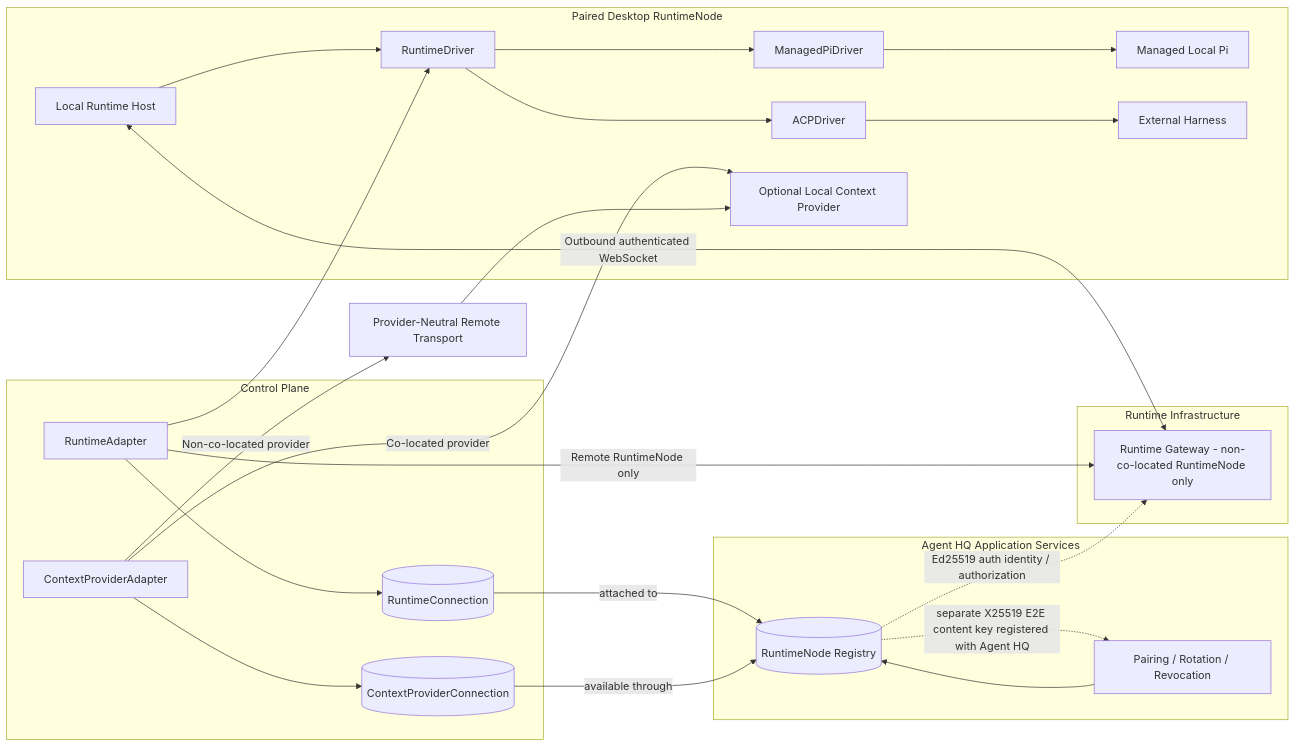
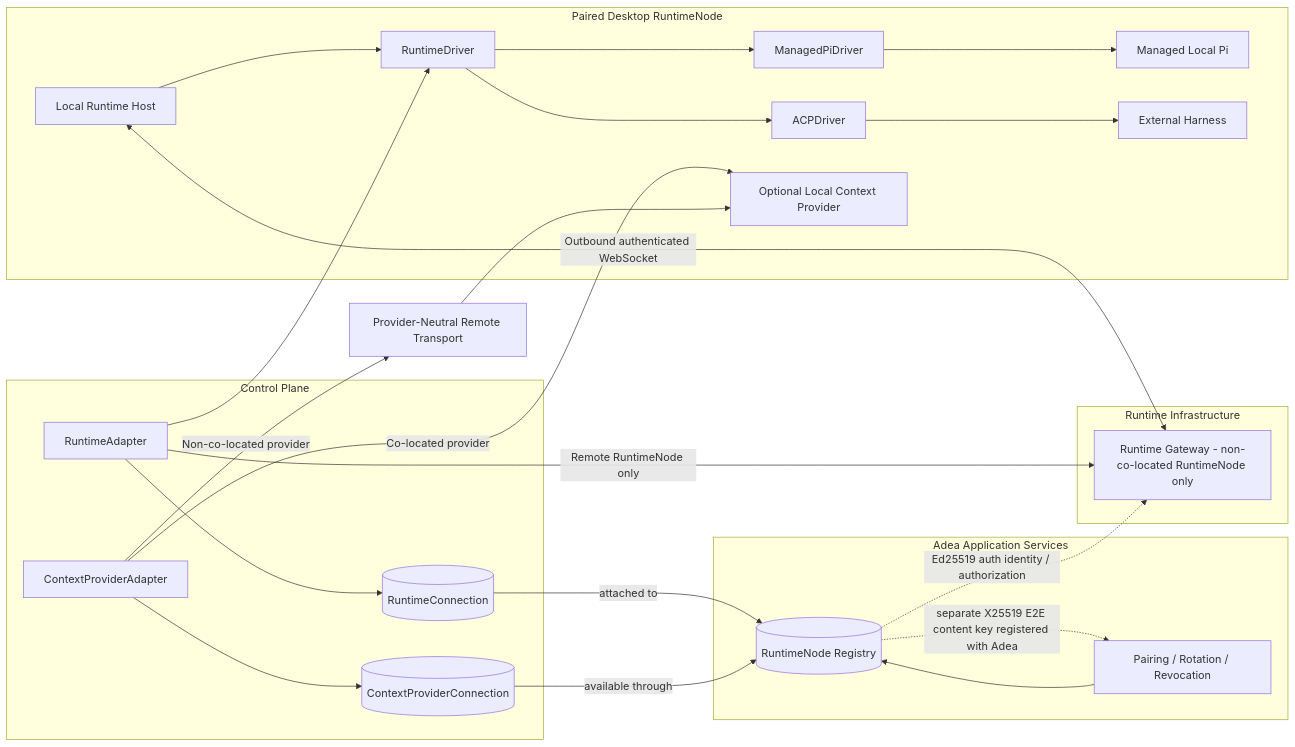
Before and after one commit to adea-ai/adea: diagram 14 of 18 in docs/architecture/diagram-sources.md, drawn with Mermaid. The commit also changed other lines of this file and 72 other files, not shown here.

Commit message:
chore(brand): rename user-visible Agent HQ strings to Adea (#257)

````diff
--- a/docs/architecture/diagram-sources.md
+++ b/docs/architecture/diagram-sources.md
@@ -478,41 +478,41 @@
 ```mermaid
 flowchart LR
-    subgraph AgentHQ["Agent HQ Application Services"]
+    subgraph AgentHQ["Adea Application Services"]
         RN[(RuntimeNode Registry)]
         PAIR[Pairing / Rotation / Revocation]
     end
     subgraph Control["Control Plane"]
         RC[(RuntimeConnection)]
         RA[RuntimeAdapter]
         PC[(ContextProviderConnection)]
         CA[ContextProviderAdapter]
     end
     subgraph Gateway["Runtime Infrastructure"]
         RG[Runtime Gateway - non-co-located RuntimeNode only]
     end
     subgraph Device["Paired Desktop RuntimeNode"]
         HOST[Local Runtime Host]
         DR[RuntimeDriver]
         MP[ManagedPiDriver]
         AD[ACPDriver]
         PI[Managed Local Pi]
         EXT[External Harness]
         CT[Optional Local Context Provider]
     end
     PAIR --> RN
     RC -->|attached to| RN
     RA --> RC
     RA --> DR
     RA -->|Remote RuntimeNode only| RG
     CA --> PC
     CA -->|Co-located provider| CT
     CA -->|Non-co-located provider| RP[Provider-Neutral Remote Transport]
     RP --> CT
     HOST <-->|Outbound authenticated WebSocket| RG
     HOST --> DR
     DR --> MP --> PI
     DR --> AD --> EXT
     PC -->|available through| RN
     RN -. Ed25519 auth identity / authorization .-> RG
-    RN -. separate X25519 E2E content key registered with Agent HQ .-> PAIR
+    RN -. separate X25519 E2E content key registered with Adea .-> PAIR
 ```
````
